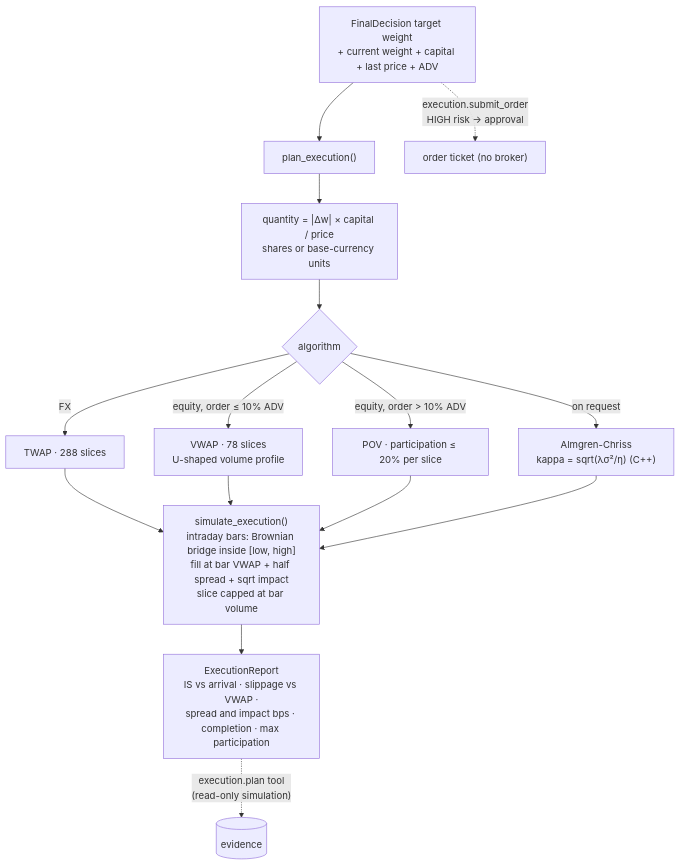
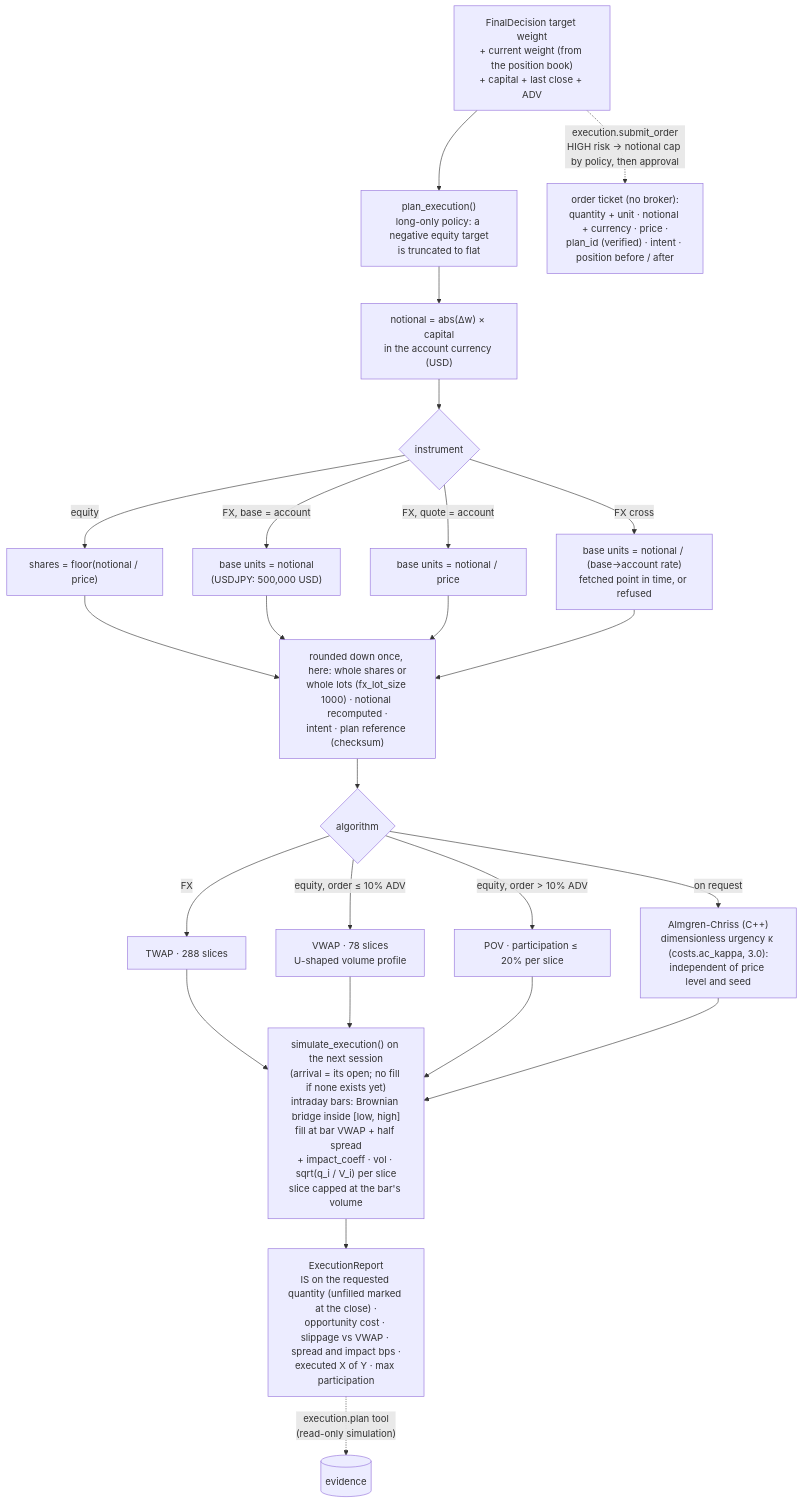
Before and after one commit to AshJha0/agentic-trader: diagram 21 of 30 in docs/DIAGRAMS.md, drawn with Mermaid. The commit also changed other lines of this file and 71 other files, not shown here.

````diff
--- a/docs/DIAGRAMS.md
+++ b/docs/DIAGRAMS.md
@@ -595,17 +610,26 @@
 ```mermaid
 flowchart TD
-    D["FinalDecision target weight<br/>+ current weight + capital + last price + ADV"] --> PL["plan_execution()"]
-    PL --> Q["quantity = |Δw| × capital / price<br/>shares or base-currency units"]
-    Q --> ALG{"algorithm"}
+    D["FinalDecision target weight<br/>+ current weight (from the position book)<br/>+ capital + last close + ADV"] --> PL["plan_execution()<br/>long-only policy: a negative equity target<br/>is truncated to flat"]
+    PL --> N["notional = abs(Δw) × capital<br/>in the account currency (USD)"]
+    N --> Q{"instrument"}
+    Q -- equity --> QE["shares = floor(notional / price)"]
+    Q -- "FX, base = account" --> QB["base units = notional<br/>(USDJPY: 500,000 USD)"]
+    Q -- "FX, quote = account" --> QQ["base units = notional / price"]
+    Q -- "FX cross" --> QX["base units = notional / (base→account rate)<br/>fetched point in time, or refused"]
+    QE --> LOT["rounded down once, here: whole shares or<br/>whole lots (fx_lot_size 1000) · notional recomputed ·<br/>intent · plan reference (checksum)"]
+    QB --> LOT
+    QQ --> LOT
+    QX --> LOT
+    LOT --> ALG{"algorithm"}
     ALG -- "FX" --> TWAP["TWAP · 288 slices"]
     ALG -- "equity, order ≤ 10% ADV" --> VWAP["VWAP · 78 slices<br/>U-shaped volume profile"]
     ALG -- "equity, order > 10% ADV" --> POV["POV · participation ≤ 20% per slice"]
-    ALG -- "on request" --> AC["Almgren-Chriss<br/>kappa = sqrt(λσ²/η) (C++)"]
+    ALG -- "on request" --> AC["Almgren-Chriss (C++)<br/>dimensionless urgency κ (costs.ac_kappa, 3.0):<br/>independent of price level and seed"]
     TWAP --> SIM
     VWAP --> SIM
     POV --> SIM
-    AC --> SIM["simulate_execution()<br/>intraday bars: Brownian bridge inside [low, high]<br/>fill at bar VWAP + half spread + sqrt impact<br/>slice capped at bar volume"]
-    SIM --> OUT["ExecutionReport<br/>IS vs arrival · slippage vs VWAP ·<br/>spread and impact bps · completion · max participation"]
+    AC --> SIM["simulate_execution() on the next session<br/>(arrival = its open; no fill if none exists yet)<br/>intraday bars: Brownian bridge inside [low, high]<br/>fill at bar VWAP + half spread<br/>+ impact_coeff · vol · sqrt(q_i / V_i) per slice<br/>slice capped at the bar's volume"]
+    SIM --> OUT["ExecutionReport<br/>IS on the requested quantity (unfilled marked at the close) ·<br/>opportunity cost · slippage vs VWAP · spread and impact bps ·<br/>executed X of Y · max participation"]
     OUT -.->|"execution.plan tool<br/>(read-only simulation)"| EV[(evidence)]
-    D -.->|"execution.submit_order<br/>HIGH risk → approval"| TICKET["order ticket (no broker)"]
+    D -.->|"execution.submit_order<br/>HIGH risk → notional cap by policy, then approval"| TICKET["order ticket (no broker):<br/>quantity + unit · notional + currency · price ·<br/>plan_id (verified) · intent · position before / after"]
 ```
````
